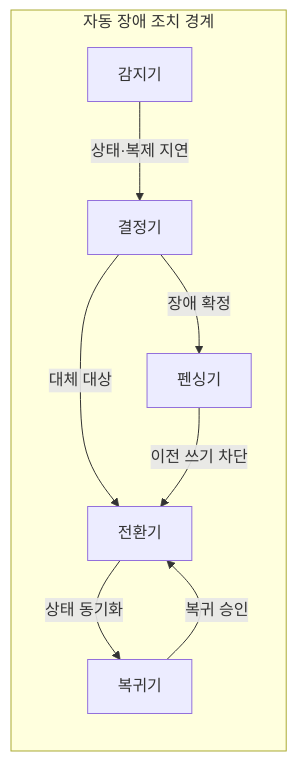
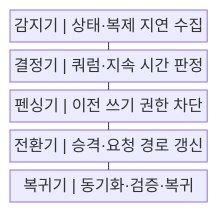
One commit to agnusdei1207/knowledge-base changed the first of 2 diagrams in src/content/docs/notes/03-software/200_auto_failover.md. Above: the diagram before and after it, drawn with Mermaid. The commit also changed other lines of this file and 20 other files, not shown here.

````diff
--- a/src/content/docs/notes/03-software/200_auto_failover.md
+++ b/src/content/docs/notes/03-software/200_auto_failover.md
@@ -61,11 +60,13 @@
 ```mermaid
-flowchart LR
-    subgraph F[자동 장애 조치 경계]
-        A[감지기] -->|상태·복제 지연| B[결정기]
-        B -->|장애 확정| C[펜싱기]
-        B -->|대체 대상| D[전환기]
-        C -->|이전 쓰기 차단| D
-        D -->|상태 동기화| E[복귀기]
-        E -->|복귀 승인| D
-    end
+block
+    columns 1
+    A["감지기 | 상태·복제 지연 수집"]
+    B["결정기 | 쿼럼·지속 시간 판정"]
+    C["펜싱기 | 이전 쓰기 권한 차단"]
+    D["전환기 | 승격·요청 경로 갱신"]
+    E["복귀기 | 동기화·검증·복귀"]
+    A --- B
+    B --- C
+    C --- D
+    D --- E
 ```
````
